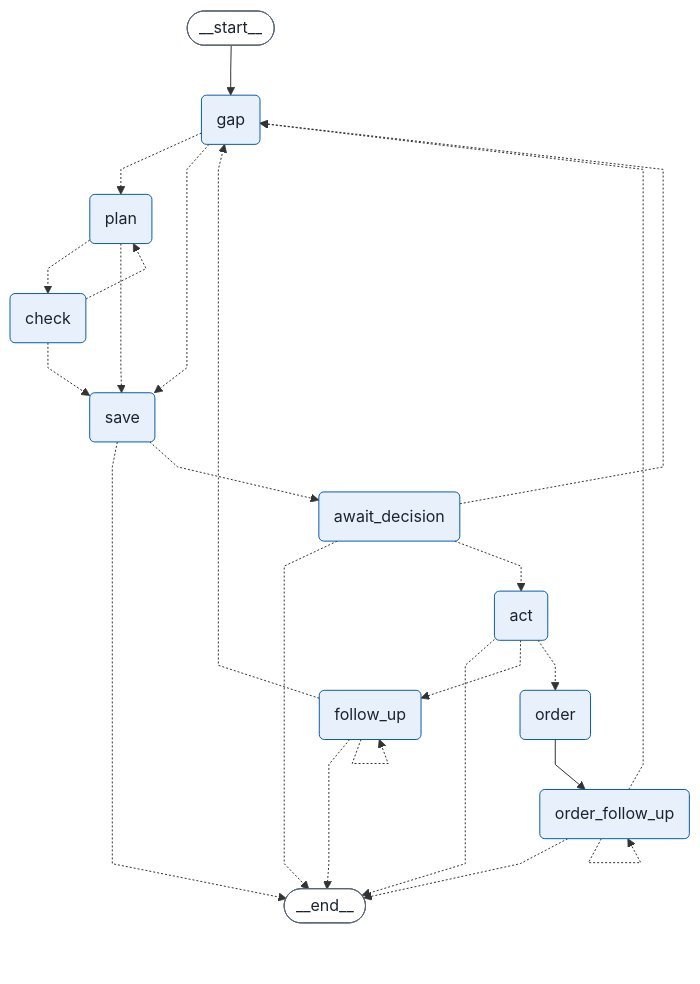
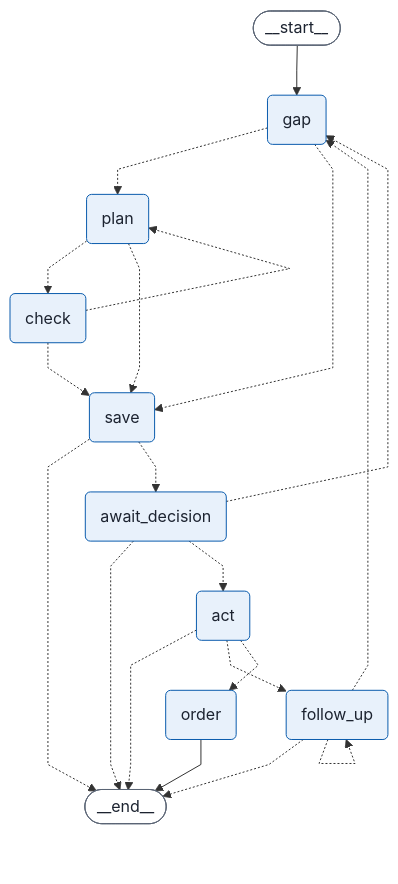
One commit to anshdeepbhachoo/drug-shortage-response-platform changed the first of 3 diagrams in README.md. Above: the diagram before and after it, drawn with Mermaid. The commit also changed other lines of this file and 5 other files, not shown here.

````diff
--- a/README.md
+++ b/README.md
@@ -77,44 +62,40 @@
 ```mermaid
 ---
 config:
   flowchart:
     curve: linear
 ---
 graph TD;
 	__start__([<p>__start__</p>]):::first
 	gap(gap)
 	plan(plan)
 	check(check)
 	save(save)
 	await_decision(await_decision)
 	act(act)
 	order(order)
 	follow_up(follow_up)
-	order_follow_up(order_follow_up)
 	__end__([<p>__end__</p>]):::last
 	__start__ --> gap;
 	act -.-> __end__;
 	act -.-> follow_up;
 	act -.-> order;
 	await_decision -.-> __end__;
 	await_decision -.-> act;
 	await_decision -.-> gap;
 	check -.-> plan;
 	check -.-> save;
 	follow_up -.-> __end__;
 	follow_up -.-> gap;
 	gap -.-> plan;
 	gap -.-> save;
-	order --> order_follow_up;
-	order_follow_up -.-> __end__;
-	order_follow_up -.-> gap;
 	plan -.-> check;
 	plan -.-> save;
 	save -.-> __end__;
 	save -.-> await_decision;
+	order --> __end__;
 	follow_up -.-> follow_up;
-	order_follow_up -.-> order_follow_up;
 	classDef default fill:#e8f1fb,stroke:#0b5cad,stroke-width:1px,color:#1c2330,line-height:1.2
 	classDef first fill:#ffffff,stroke:#5b6575,color:#1c2330
 	classDef last fill:#ffffff,stroke:#5b6575,color:#1c2330
 ```
````
